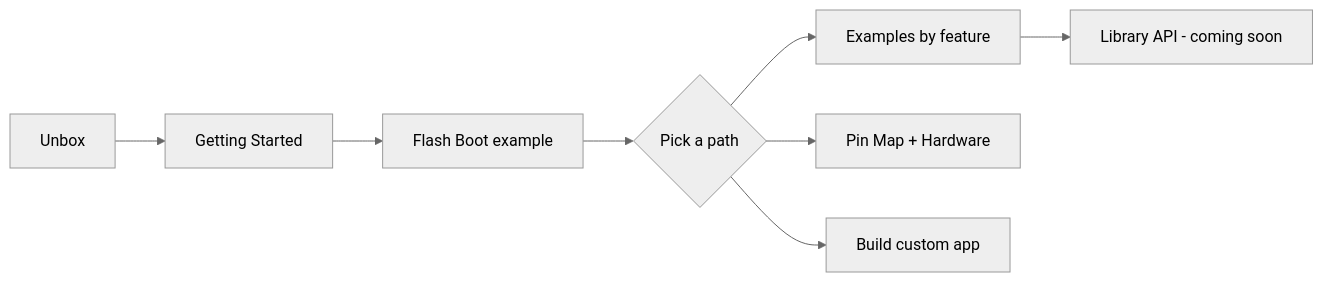
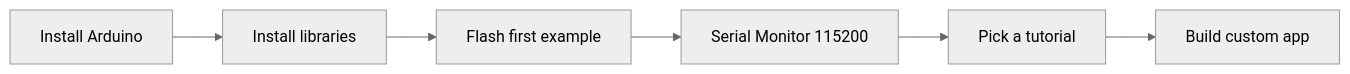
The diagram in docs/index.md (hardwarehackspace/hackcard-docs), drawn with Mermaid (neutral theme) before and after one commit. The commit also changed other lines of this file and 49 other files, not shown here.

````diff
--- a/docs/index.md
+++ b/docs/index.md
@@ -69,10 +107,8 @@
 ```mermaid
 flowchart LR
-    A[Unbox] --> B[Getting Started]
-    B --> C[Flash Boot example]
-    C --> D{Pick a path}
-    D --> E[Examples by feature]
-    D --> F[Pin Map + Hardware]
-    D --> G[Build custom app]
-    E --> H[Library API - coming soon]
+    A[Install Arduino] --> B[Install libraries]
+    B --> C[Flash first example]
+    C --> D[Serial Monitor 115200]
+    D --> E[Pick a tutorial]
+    E --> F[Build custom app]
 ```
````
